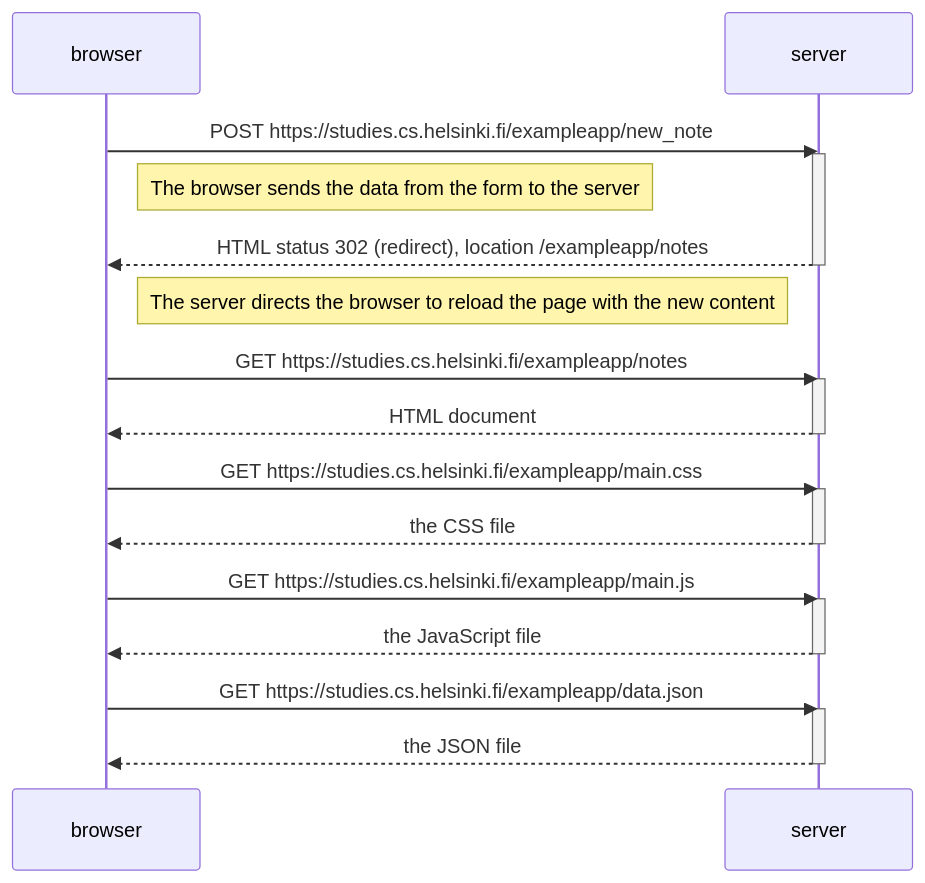
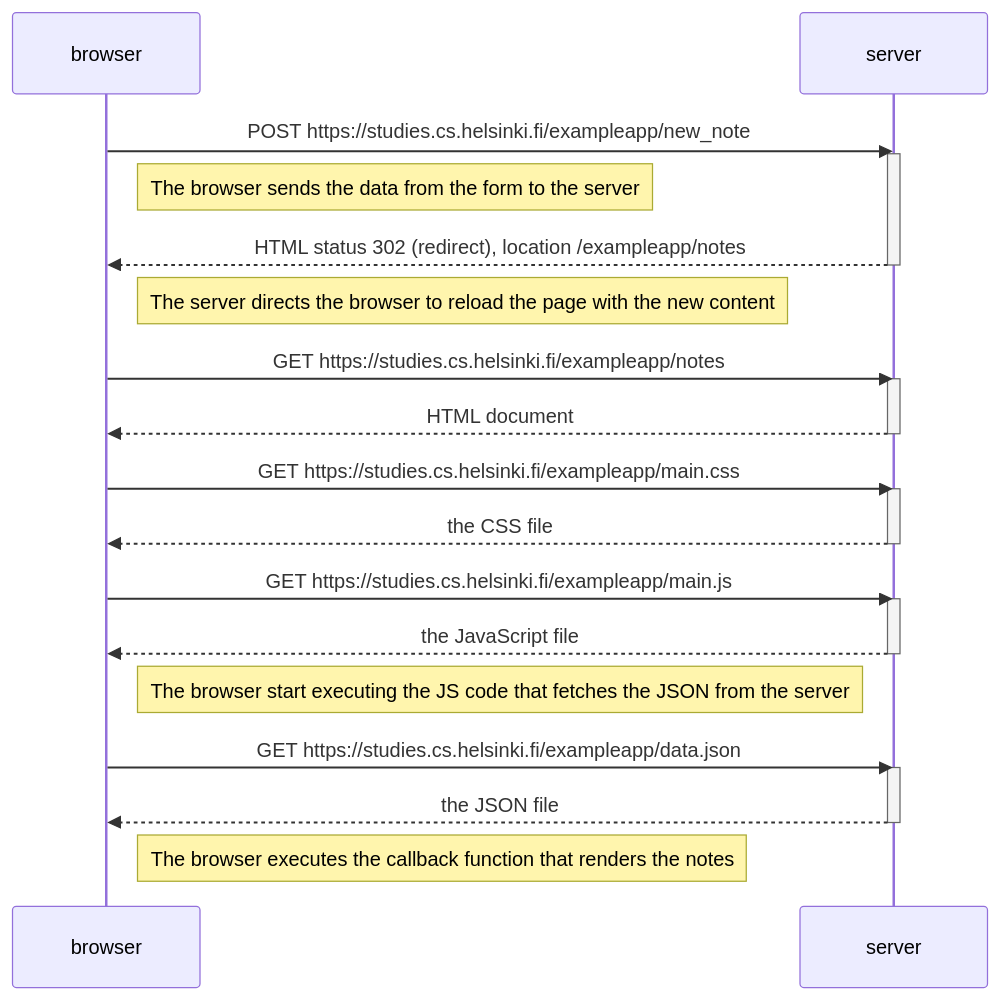
One commit to Mersikka/full-stack-open changed the diagram in part0/tehtava4.md. Above: the diagram before and after it, drawn with Mermaid.

Commit message:
Improve exercise 4

````diff
--- a/part0/tehtava4.md
+++ b/part0/tehtava4.md
@@ -1,35 +1,39 @@
 ```mermaid
 sequenceDiagram
     participant browser
     participant server
 
     browser->>server: POST https://studies.cs.helsinki.fi/exampleapp/new_note
     activate server
 
     note right of browser: The browser sends the data from the form to the server
 
     server-->>browser: HTML status 302 (redirect), location /exampleapp/notes
     deactivate server
 
     note right of browser: The server directs the browser to reload the page with the new content
 
     browser->>server: GET https://studies.cs.helsinki.fi/exampleapp/notes
     activate server
     server-->>browser: HTML document
     deactivate server
 
     browser->>server: GET https://studies.cs.helsinki.fi/exampleapp/main.css
     activate server
     server-->>browser: the CSS file
     deactivate server
 
     browser->>server: GET https://studies.cs.helsinki.fi/exampleapp/main.js
     activate server
     server-->>browser: the JavaScript file
     deactivate server
 
+    note left of server: The browser start executing the JS code that fetches the JSON from the server
+
     browser->>server: GET https://studies.cs.helsinki.fi/exampleapp/data.json
     activate server
     server-->>browser: the JSON file
     deactivate server
+
+    note right of browser: The browser executes the callback function that renders the notes
 ```
````
